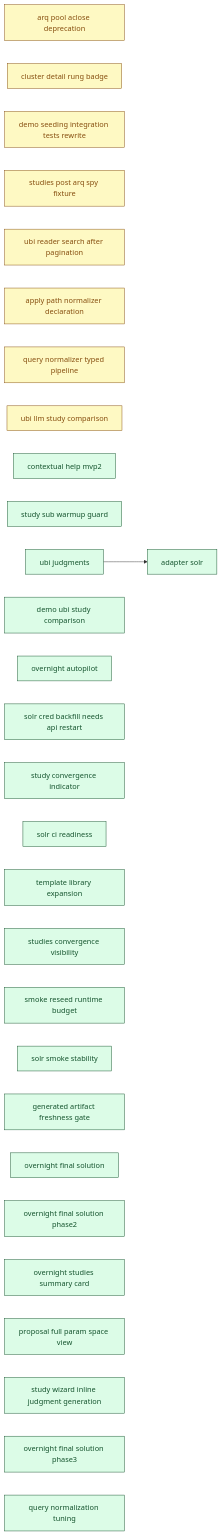
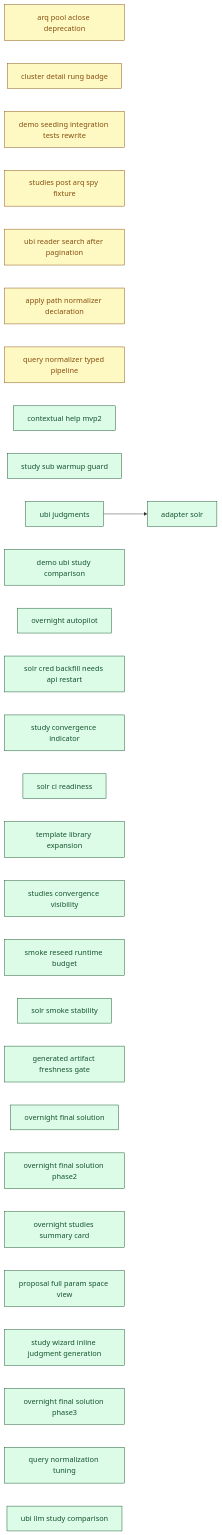
One commit to SoundMindsAI/relyloop changed the diagram in docs/00_overview/MVP2_DASHBOARD.md. Above: the diagram before and after it, drawn with Mermaid. The commit also changed other lines of this file and 9 other files, not shown here.

First line of the commit message:
docs: finalize feat_ubi_llm_study_comparison (PR #461 merged) (#462)

````diff
--- a/docs/00_overview/MVP2_DASHBOARD.md
+++ b/docs/00_overview/MVP2_DASHBOARD.md
@@ -114,67 +114,67 @@
 ```mermaid
 graph LR
   classDef done fill:#dcfce7,stroke:#14532d,color:#14532d;
   classDef implement fill:#ffedd5,stroke:#9a3412,color:#9a3412;
   classDef plan fill:#fef9c3,stroke:#854d0e,color:#854d0e;
   classDef spec fill:#dbeafe,stroke:#1e40af,color:#1e40af;
   classDef idea fill:#f1f5f9,stroke:#334155,color:#334155;
   chore_arq_pool_aclose_deprecation["arq pool aclose deprecation"]
   class chore_arq_pool_aclose_deprecation plan;
   chore_cluster_detail_rung_badge["cluster detail rung badge"]
   class chore_cluster_detail_rung_badge plan;
   chore_demo_seeding_integration_tests_rewrite["demo seeding integration tests rewrite"]
   class chore_demo_seeding_integration_tests_rewrite plan;
   chore_studies_post_arq_spy_fixture["studies post arq spy fixture"]
   class chore_studies_post_arq_spy_fixture plan;
   chore_ubi_reader_search_after_pagination["ubi reader search after pagination"]
   class chore_ubi_reader_search_after_pagination plan;
   feat_apply_path_normalizer_declaration["apply path normalizer declaration"]
   class feat_apply_path_normalizer_declaration plan;
   feat_query_normalizer_typed_pipeline["query normalizer typed pipeline"]
   class feat_query_normalizer_typed_pipeline plan;
-  feat_ubi_llm_study_comparison["ubi llm study comparison"]
-  class feat_ubi_llm_study_comparison plan;
   feat_contextual_help_mvp2["contextual help mvp2"]
   class feat_contextual_help_mvp2 done;
   feat_study_sub_warmup_guard["study sub warmup guard"]
   class feat_study_sub_warmup_guard done;
   feat_ubi_judgments["ubi judgments"]
   class feat_ubi_judgments done;
   feat_demo_ubi_study_comparison["demo ubi study comparison"]
   class feat_demo_ubi_study_comparison done;
   feat_overnight_autopilot["overnight autopilot"]
   class feat_overnight_autopilot done;
   infra_adapter_solr["adapter solr"]
   class infra_adapter_solr done;
   chore_solr_cred_backfill_needs_api_restart["solr cred backfill needs api restart"]
   class chore_solr_cred_backfill_needs_api_restart done;
   feat_study_convergence_indicator["study convergence indicator"]
   class feat_study_convergence_indicator done;
   infra_solr_ci_readiness["solr ci readiness"]
   class infra_solr_ci_readiness done;
   chore_template_library_expansion["template library expansion"]
   class chore_template_library_expansion done;
   feat_studies_convergence_visibility["studies convergence visibility"]
   class feat_studies_convergence_visibility done;
   infra_smoke_reseed_runtime_budget["smoke reseed runtime budget"]
   class infra_smoke_reseed_runtime_budget done;
   infra_solr_smoke_stability["solr smoke stability"]
   class infra_solr_smoke_stability done;
   infra_generated_artifact_freshness_gate["generated artifact freshness gate"]
   class infra_generated_artifact_freshness_gate done;
   feat_overnight_final_solution["overnight final solution"]
   class feat_overnight_final_solution done;
   feat_overnight_final_solution_phase2["overnight final solution phase2"]
   class feat_overnight_final_solution_phase2 done;
   feat_overnight_studies_summary_card["overnight studies summary card"]
   class feat_overnight_studies_summary_card done;
   feat_proposal_full_param_space_view["proposal full param space view"]
   class feat_proposal_full_param_space_view done;
   feat_study_wizard_inline_judgment_generation["study wizard inline judgment generation"]
   class feat_study_wizard_inline_judgment_generation done;
   feat_overnight_final_solution_phase3["overnight final solution phase3"]
   class feat_overnight_final_solution_phase3 done;
   feat_query_normalization_tuning["query normalization tuning"]
   class feat_query_normalization_tuning done;
+  feat_ubi_llm_study_comparison["ubi llm study comparison"]
+  class feat_ubi_llm_study_comparison done;
   feat_ubi_judgments --> infra_adapter_solr
 ```
````
